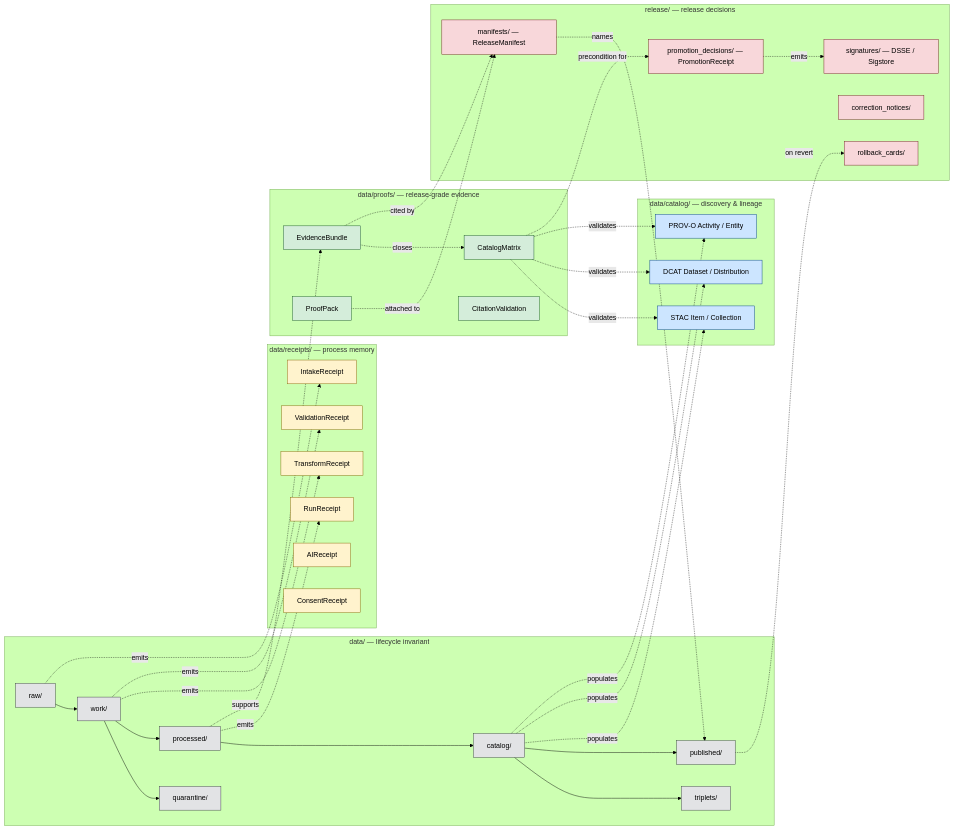
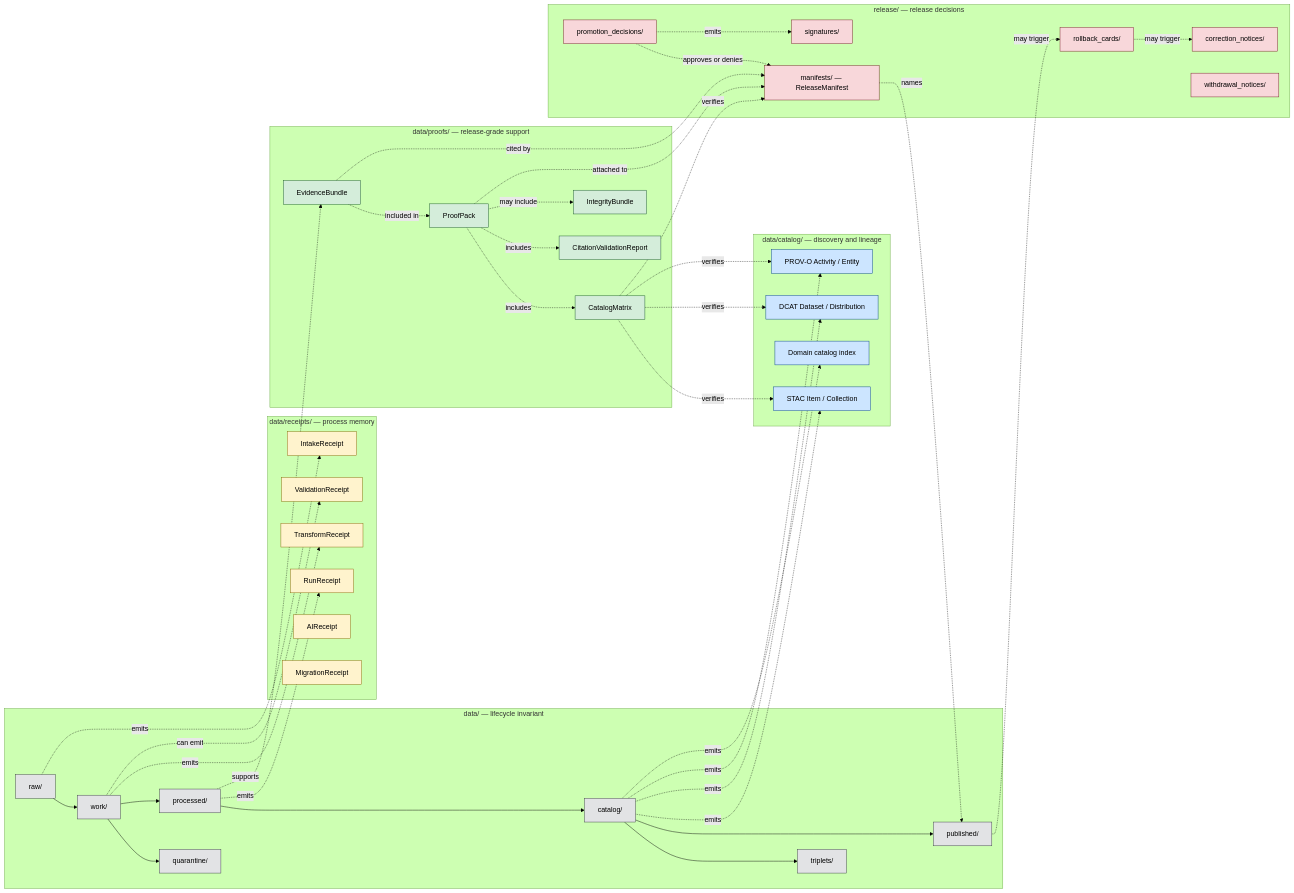
One commit to bartytime4life/Kansas-Frontier-Matrix changed the diagram in docs/adr/ADR-0011-receipts-vs-proofs-vs-manifests-vs-catalog-separation.md. Above: the diagram before and after it, drawn with Mermaid (forest theme). The commit also changed other lines of this file, not shown here.

````diff
--- a/docs/adr/ADR-0011-receipts-vs-proofs-vs-manifests-vs-catalog-separation.md
+++ b/docs/adr/ADR-0011-receipts-vs-proofs-vs-manifests-vs-catalog-separation.md
@@ -168,51 +287,62 @@
   subgraph RECEIPTS["data/receipts/ — process memory"]
     RR["RunReceipt"]
     IR["IntakeReceipt"]
-    TR["TransformReceipt"]
+    TRR["TransformReceipt"]
     VR["ValidationReceipt"]
     AR["AIReceipt"]
-    CR["ConsentReceipt"]
+    MR["MigrationReceipt"]
   end
 
-  subgraph PROOFS["data/proofs/ — release-grade evidence"]
+  subgraph PROOFS["data/proofs/ — release-grade support"]
     EB["EvidenceBundle"]
     PP["ProofPack"]
     CM["CatalogMatrix"]
-    CV["CitationValidation"]
+    CV["CitationValidationReport"]
+    IB["IntegrityBundle"]
   end
 
-  subgraph CATALOG["data/catalog/ — discovery & lineage"]
+  subgraph CATALOG["data/catalog/ — discovery and lineage"]
     STAC["STAC Item / Collection"]
     DCAT["DCAT Dataset / Distribution"]
     PROV["PROV-O Activity / Entity"]
+    DIX["Domain catalog index"]
   end
 
   subgraph RELEASE["release/ — release decisions"]
     RM["manifests/ — ReleaseManifest"]
-    PD["promotion_decisions/ — PromotionReceipt"]
+    PD["promotion_decisions/"]
     RC["rollback_cards/"]
     CN["correction_notices/"]
-    SIG["signatures/ — DSSE / Sigstore"]
+    WN["withdrawal_notices/"]
+    SIG["signatures/"]
   end
 
   RAW -. emits .-> IR
-  WORK -. emits .-> TR
-  WORK -. emits .-> VR
+  WORK -. emits .-> TRR
+  WORK -. can emit .-> VR
   PROC -. emits .-> RR
   PROC -. supports .-> EB
-  EB -. closes .-> CM
-  CAT -. populates .-> STAC
-  CAT -. populates .-> DCAT
-  CAT -. populates .-> PROV
-  CM -. validates .-> STAC
-  CM -. validates .-> DCAT
-  CM -. validates .-> PROV
+  EB -. included in .-> PP
+  PP -. includes .-> CM
+  PP -. includes .-> CV
+  PP -. may include .-> IB
+
+  CAT -. emits .-> STAC
+  CAT -. emits .-> DCAT
+  CAT -. emits .-> PROV
+  CAT -. emits .-> DIX
+
+  CM -. verifies .-> STAC
+  CM -. verifies .-> DCAT
+  CM -. verifies .-> PROV
+  CM -. verifies .-> RM
   EB -. cited by .-> RM
   PP -. attached to .-> RM
-  CM -. precondition for .-> PD
+  PD -. approves or denies .-> RM
   PD -. emits .-> SIG
   RM -. names .-> PUB
-  PUB -. on revert .-> RC
+  PUB -. may trigger .-> RC
+  RC -. may trigger .-> CN
 
   classDef receipt fill:#fff3cd,stroke:#856404,color:#000
   classDef proof fill:#d4edda,stroke:#155724,color:#000
@@ -220,9 +350,9 @@
   classDef rel fill:#f8d7da,stroke:#721c24,color:#000
   classDef lc fill:#e2e3e5,stroke:#383d41,color:#000
 
-  class RR,IR,TR,VR,AR,CR receipt
-  class EB,PP,CM,CV proof
-  class STAC,DCAT,PROV cat
-  class RM,PD,RC,CN,SIG rel
+  class RR,IR,TRR,VR,AR,MR receipt
+  class EB,PP,CM,CV,IB proof
+  class STAC,DCAT,PROV,DIX cat
+  class RM,PD,RC,CN,WN,SIG rel
   class RAW,WORK,QUAR,PROC,CAT,TRIP,PUB lc
 ```
````
